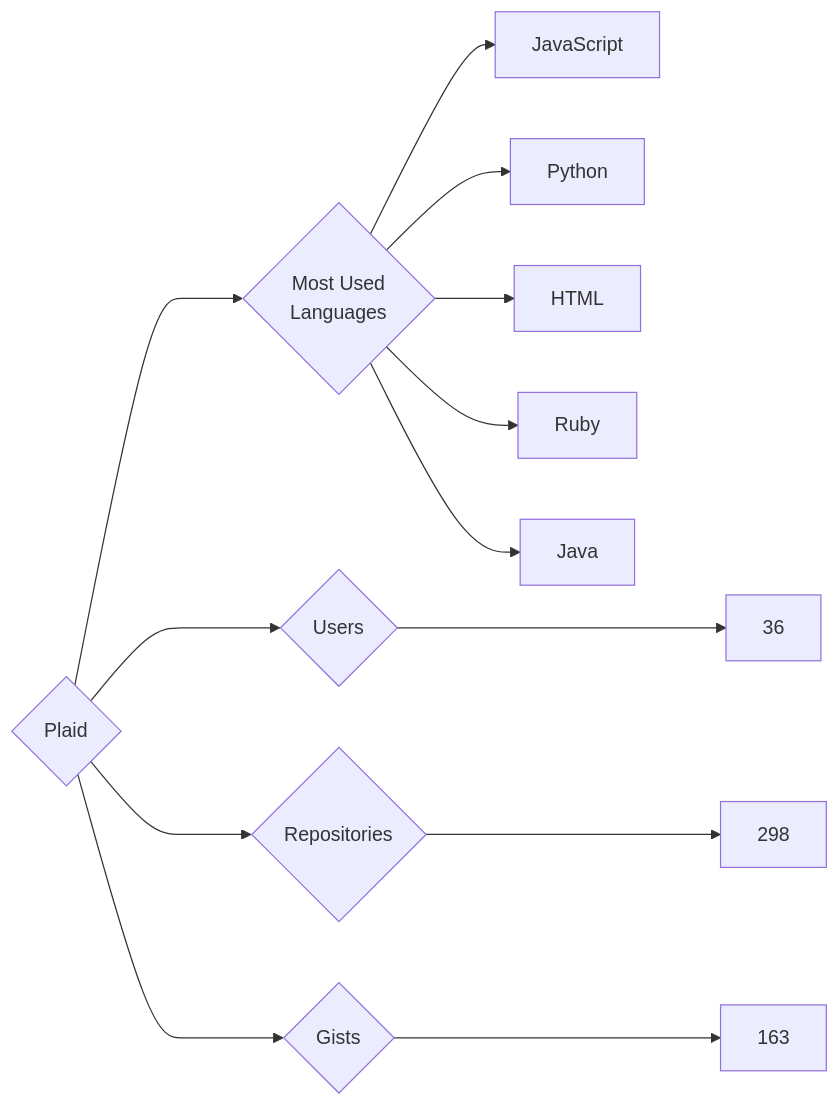
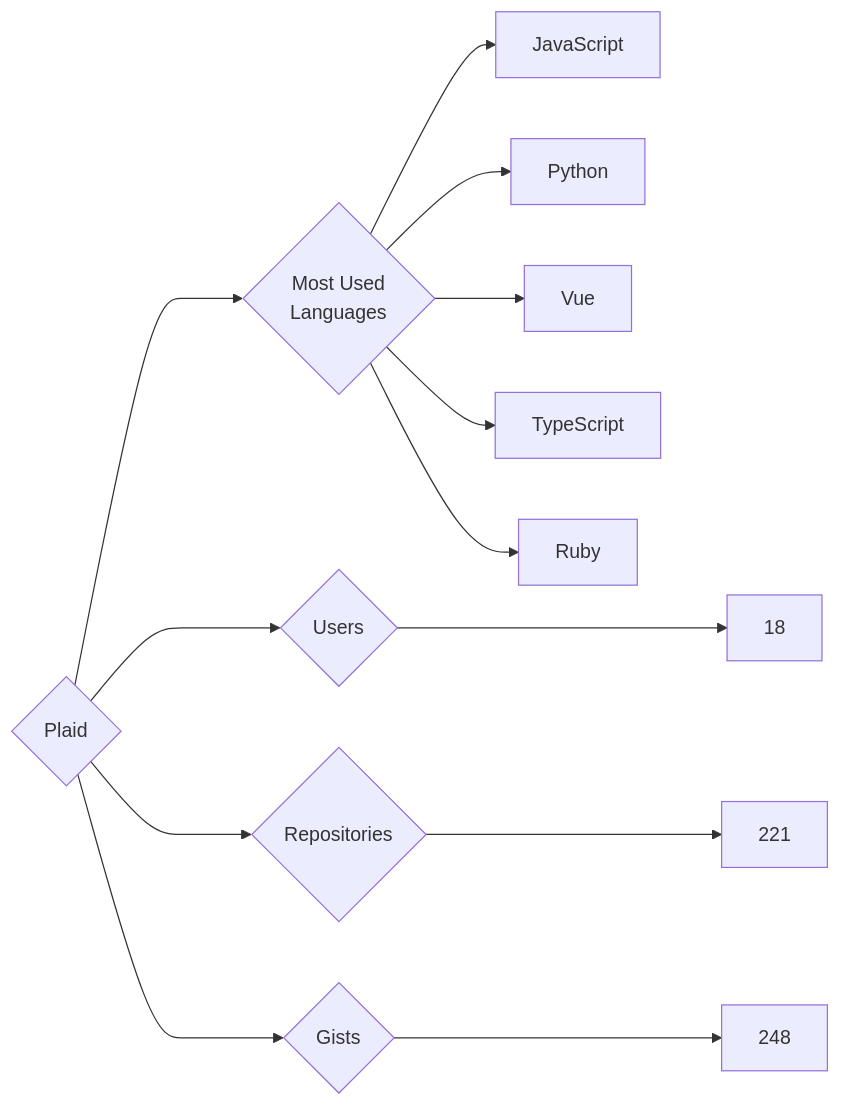
One commit to trickest/insiders changed the diagram in targets/Plaid/README.md. Above: the diagram before and after it, drawn with Mermaid. The commit also changed 973 other files, not shown here.

````diff
--- a/targets/Plaid/README.md
+++ b/targets/Plaid/README.md
@@ -3,13 +3,13 @@
 ```mermaid
 graph LR
 COMPANY_NAME{Plaid}
-COMPANY_NAME ---> U{Users} ---> UN[36]
-COMPANY_NAME ---> R{Repositories} ---> RN[298]
-COMPANY_NAME ---> G{Gists} ---> GN[163]
+COMPANY_NAME ---> U{Users} ---> UN[18]
+COMPANY_NAME ---> R{Repositories} ---> RN[221]
+COMPANY_NAME ---> G{Gists} ---> GN[248]
 COMPANY_NAME ---> ML{Most Used<br>Languages}
 ML --> JavaScript[JavaScript]
 ML --> Python[Python]
-ML --> HTML[HTML]
+ML --> Vue[Vue]
+ML --> TypeScript[TypeScript]
 ML --> Ruby[Ruby]
-ML --> Java[Java]
 ```
````
